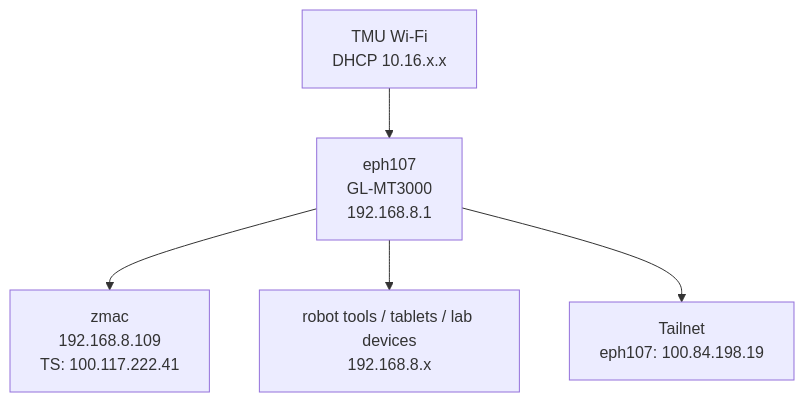
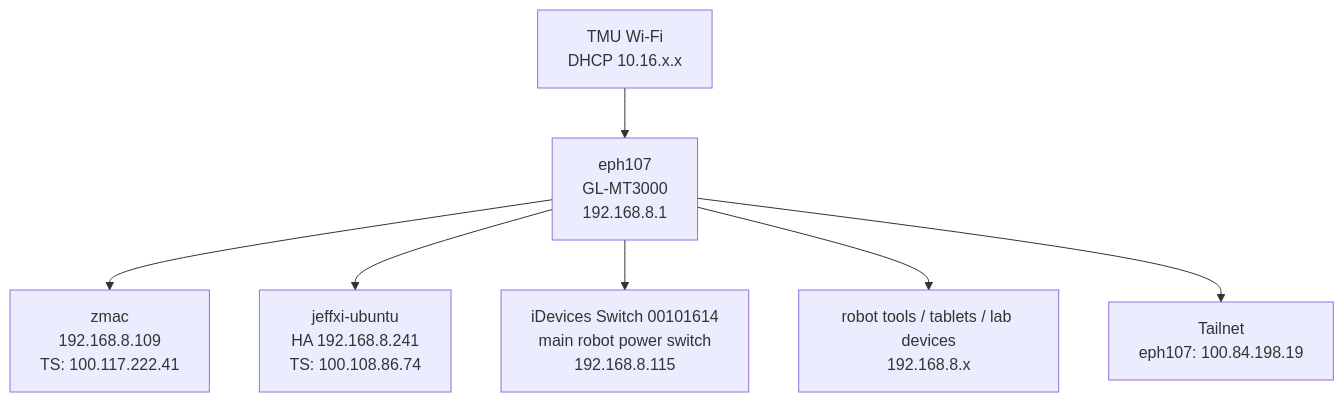
Before and after one commit to zeulewan/robot-docs: the first of 2 diagrams in docs/infrastructure/networking/topology.md, drawn with Mermaid. The commit also changed other lines of this file and 5 other files, not shown here.

Commit message:
Document lab Home Assistant power switch

````diff
--- a/docs/infrastructure/networking/topology.md
+++ b/docs/infrastructure/networking/topology.md
@@ -20,7 +22,9 @@
 ```mermaid
 flowchart TD
     TMU["TMU Wi-Fi<br/>DHCP 10.16.x.x"] --> GL["eph107<br/>GL-MT3000<br/>192.168.8.1"]
     GL --> ZMACS["zmac<br/>192.168.8.109<br/>TS: 100.117.222.41"]
+    GL --> UBUNTU["jeffxi-ubuntu<br/>HA 192.168.8.241<br/>TS: 100.108.86.74"]
+    GL --> POWER["iDevices Switch 00101614<br/>main robot power switch<br/>192.168.8.115"]
     GL --> LAB["robot tools / tablets / lab devices<br/>192.168.8.x"]
     GL --> TSNET["Tailnet<br/>eph107: 100.84.198.19"]
 ```
````
